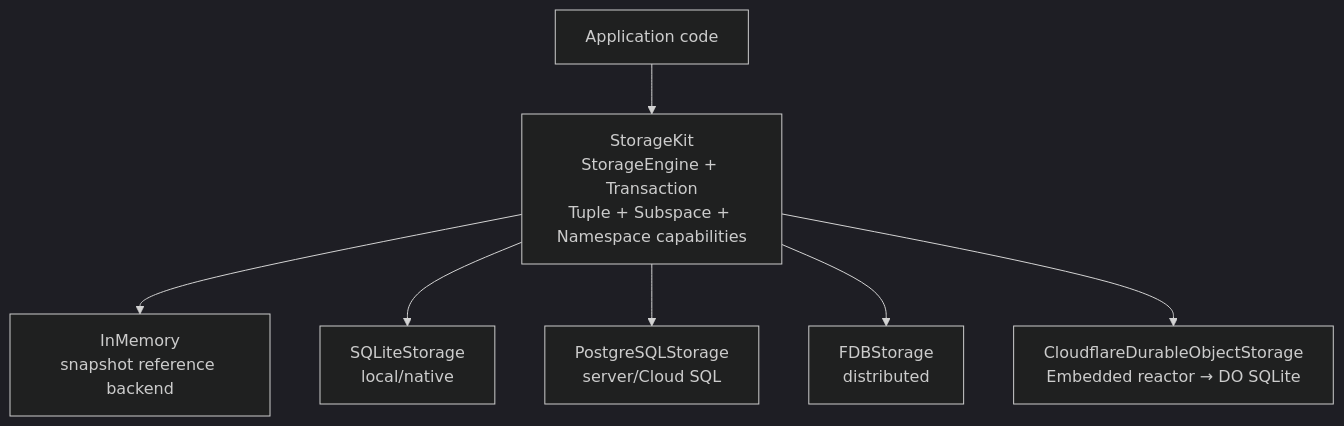
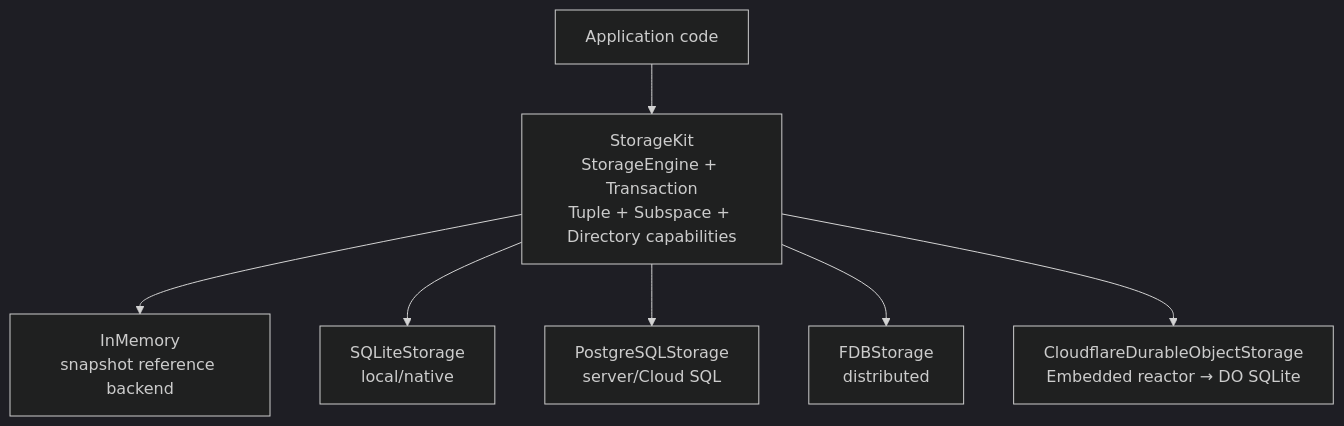
The diagram in README.md (1amageek/storage-kit), drawn with Mermaid (dark theme) before and after one commit. The commit also changed other lines of this file and 5 other files, not shown here.

````diff
--- a/README.md
+++ b/README.md
@@ -368,9 +390,9 @@
 ```mermaid
 flowchart TB
-    App["Application code"] --> Contract["StorageKit<br/>StorageEngine + Transaction<br/>Tuple + Subspace + Namespace capabilities"]
+    App["Application code"] --> Contract["StorageKit<br/>StorageEngine + Transaction<br/>Tuple + Subspace + Directory capabilities"]
     Contract --> Memory["InMemory<br/>snapshot reference backend"]
     Contract --> SQLite["SQLiteStorage<br/>local/native"]
     Contract --> PostgreSQL["PostgreSQLStorage<br/>server/Cloud SQL"]
     Contract --> FDB["FDBStorage<br/>distributed"]
     Contract --> Cloudflare["CloudflareDurableObjectStorage<br/>Embedded reactor → DO SQLite"]
 ```
````
